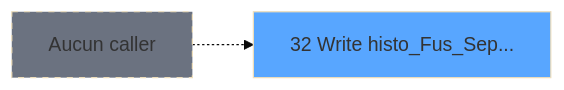
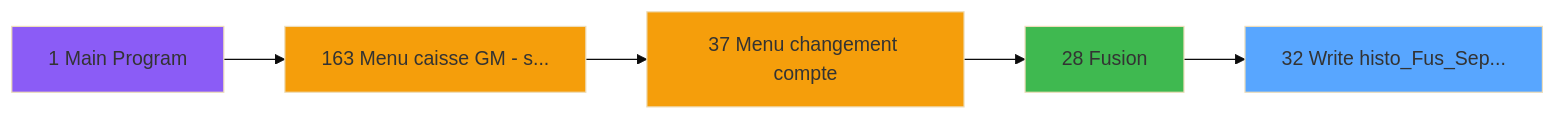
The second of 3 diagrams in .openspec/specs/ADH-IDE-32.md (thonyAGP/magic-migration), drawn with Mermaid (base theme) before and after one commit. The commit also changed other lines of this file and 253 other files, not shown here.

````diff
--- a/.openspec/specs/ADH-IDE-32.md
+++ b/.openspec/specs/ADH-IDE-32.md
@@ -162,8 +177,17 @@
 ```mermaid
 graph LR
     T32[32 Write histo_Fus_Sep...]
     style T32 fill:#58a6ff
-    NONE[Aucun caller]
-    NONE -.-> T32
-    style NONE fill:#6b7280,stroke-dasharray: 5 5
+    CC1[1 Main Program]
+    style CC1 fill:#8b5cf6
+    CC163[163 Menu caisse GM - s...]
+    style CC163 fill:#f59e0b
+    CC37[37 Menu changement compte]
+    style CC37 fill:#f59e0b
+    CC28[28 Fusion]
+    style CC28 fill:#3fb950
+    CC37 --> CC28
+    CC163 --> CC37
+    CC1 --> CC163
+    CC28 --> T32
 ```
````
